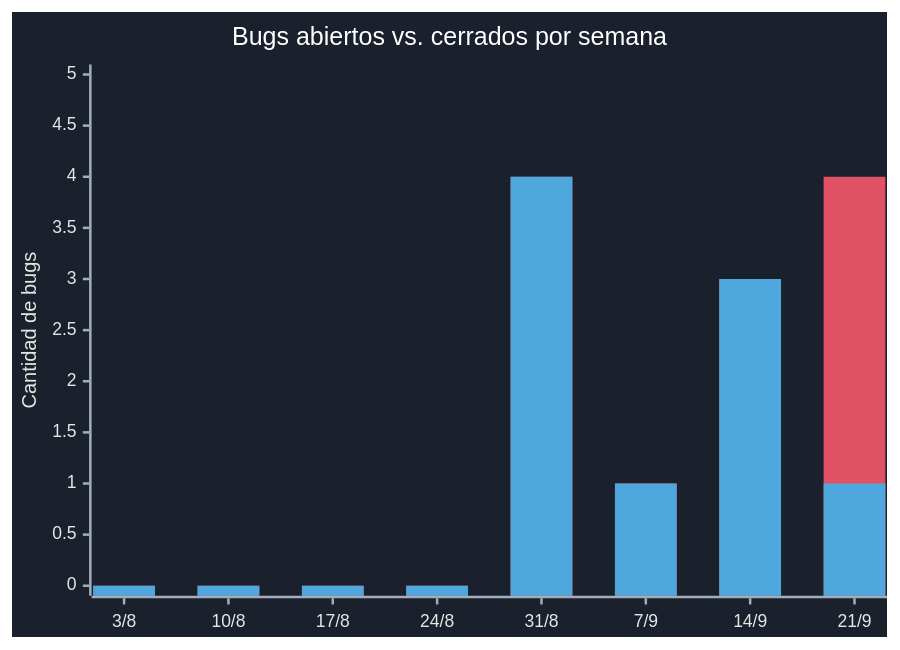
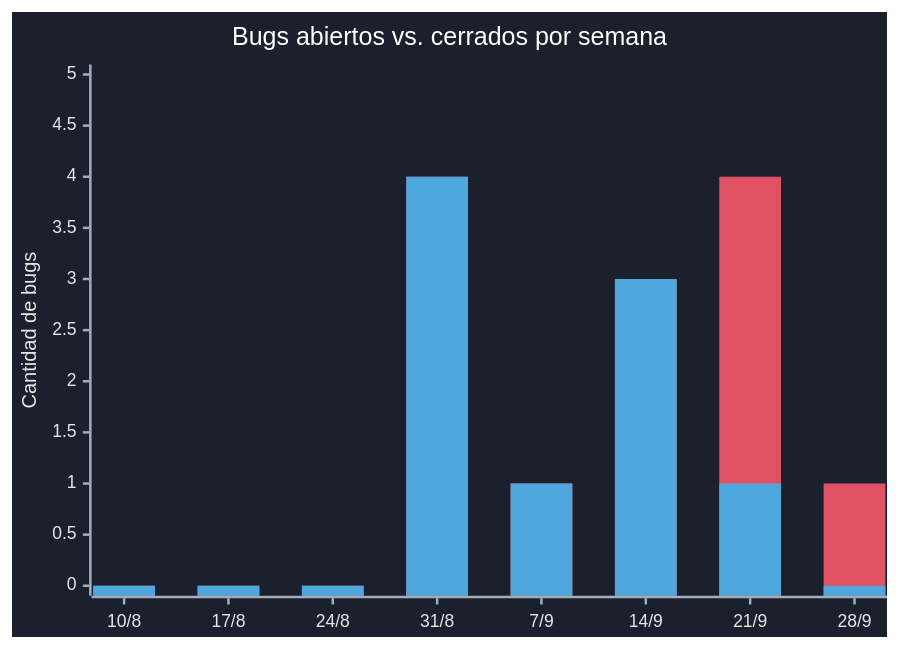
Before and after one commit to VED-VirtualExperienceDevelopment/bistrolink: the diagram in docs/dashboard-bugs-github.md, drawn with Mermaid. The commit also changed other lines of this file, not shown here.

````diff
--- a/docs/dashboard-bugs-github.md
+++ b/docs/dashboard-bugs-github.md
@@ -27,24 +27,24 @@
 ```mermaid
 %%{init: {'theme':'base', 'themeVariables': {
   'background': '#1a202c',
   'xyChart': {
     'backgroundColor': '#1a202c',
     'titleColor': '#ffffff',
     'xAxisLabelColor': '#e6e6e6',
     'xAxisTitleColor': '#e6e6e6',
     'xAxisTickColor': '#a0aec0',
     'xAxisLineColor': '#a0aec0',
     'yAxisLabelColor': '#e6e6e6',
     'yAxisTitleColor': '#e6e6e6',
     'yAxisTickColor': '#a0aec0',
     'yAxisLineColor': '#a0aec0',
     'plotColorPalette': '#e05263, #4ea8de'
   }
 }}}%%
 xychart-beta
     title "Bugs abiertos vs. cerrados por semana"
-    x-axis ["3/8", "10/8", "17/8", "24/8", "31/8", "7/9", "14/9", "21/9"]
+    x-axis ["10/8", "17/8", "24/8", "31/8", "7/9", "14/9", "21/9", "28/9"]
     y-axis "Cantidad de bugs" 0 --> 5
-    bar "Abiertos" [0, 0, 0, 0, 4, 1, 3, 4]
-    bar "Cerrados" [0, 0, 0, 0, 4, 1, 3, 1]
+    bar "Abiertos" [0, 0, 0, 4, 1, 3, 4, 1]
+    bar "Cerrados" [0, 0, 0, 4, 1, 3, 1, 0]
 ```
````
